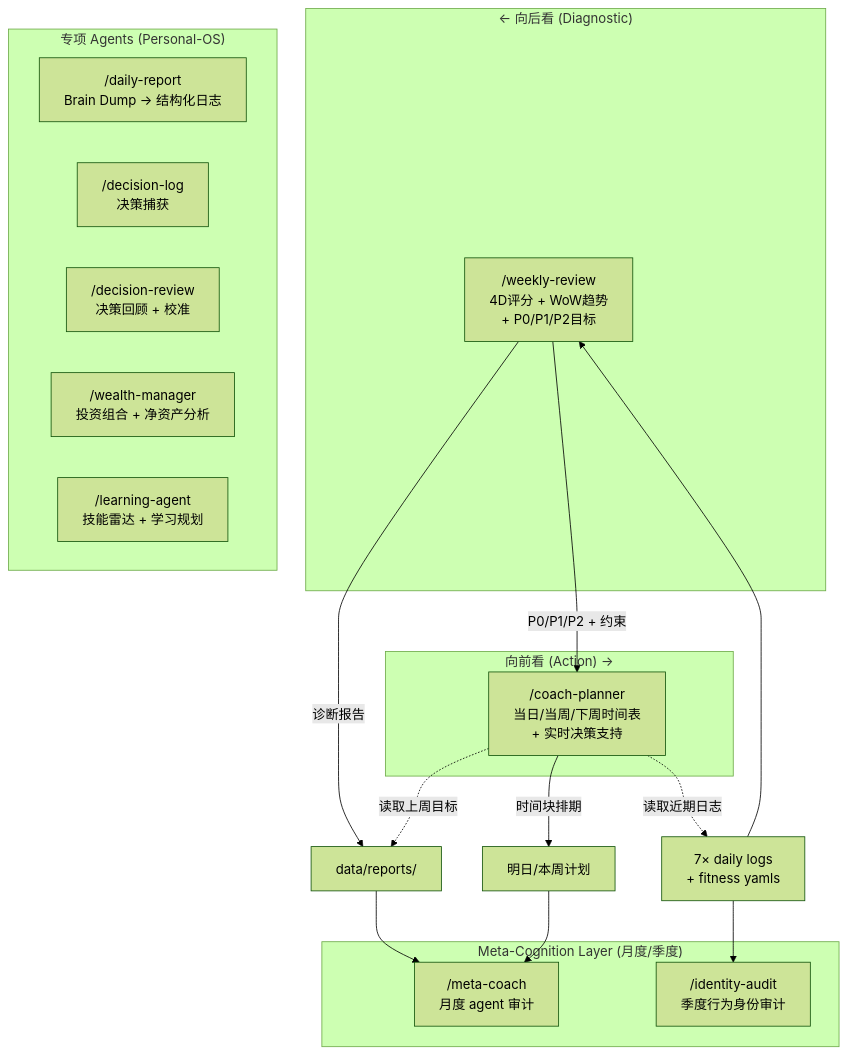
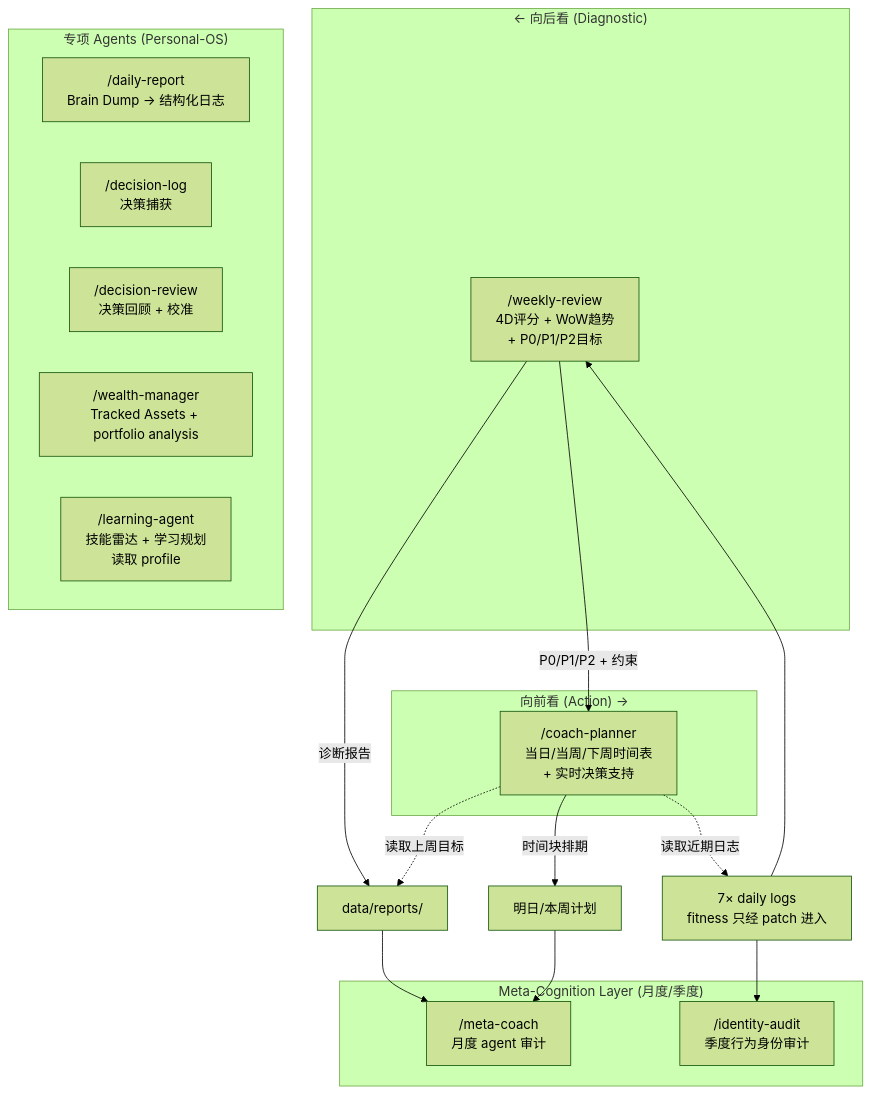
The sixth of 7 diagrams in ARCHITECTURE.md (KelvinYou/personal-os), drawn with Mermaid (forest theme) before and after one commit. The commit also changed other lines of this file and 3 other files, not shown here.

First line of the commit message:
fix(docs): add mermaid lint, fix GitHub-rendering line breaks

````diff
--- a/ARCHITECTURE.md
+++ b/ARCHITECTURE.md
@@ -280,35 +284,35 @@
 ```mermaid
 graph TD
     subgraph Backward ["← 向后看 (Diagnostic)"]
-        WR["/weekly-review\n4D评分 + WoW趋势\n+ P0/P1/P2目标"]
+        WR["/weekly-review<br/>4D评分 + WoW趋势<br/>+ P0/P1/P2目标"]
     end
 
     subgraph Forward ["向前看 (Action) →"]
-        CP["/coach-planner\n当日/当周/下周时间表\n+ 实时决策支持"]
+        CP["/coach-planner<br/>当日/当周/下周时间表<br/>+ 实时决策支持"]
     end
 
     subgraph Specialists ["专项 Agents (Personal-OS)"]
-        DR["/daily-report\nBrain Dump → 结构化日志"]
-        DJL["/decision-log\n决策捕获"]
-        DJR["/decision-review\n决策回顾 + 校准"]
-        WM["/wealth-manager\n投资组合 + 净资产分析"]
-        LA["/learning-agent\n技能雷达 + 学习规划"]
+        DR["/daily-report<br/>Brain Dump → 结构化日志"]
+        DJL["/decision-log<br/>决策捕获"]
+        DJR["/decision-review<br/>决策回顾 + 校准"]
+        WM["/wealth-manager<br/>Tracked Assets + portfolio analysis"]
+        LA["/learning-agent<br/>技能雷达 + 学习规划<br/>读取 profile"]
     end
 
     subgraph Meta ["Meta-Cognition Layer (月度/季度)"]
-        MC["/meta-coach\n月度 agent 审计"]
-        IA["/identity-audit\n季度行为身份审计"]
+        MC["/meta-coach<br/>月度 agent 审计"]
+        IA["/identity-audit<br/>季度行为身份审计"]
     end
 
-    LOGS["7× daily logs\n+ fitness yamls"] --> WR
+    LOGS["7× daily logs<br/>fitness 只经 patch 进入"] --> WR
     WR -- "P0/P1/P2 + 约束" --> CP
     WR -- "诊断报告" --> REPORT["data/reports/"]
 
     CP -- "时间块排期" --> SCHED["明日/本周计划"]
     CP -. "读取近期日志" .-> LOGS
     CP -. "读取上周目标" .-> REPORT
 
     REPORT --> MC
     SCHED --> MC
     LOGS --> IA
 ```
````
